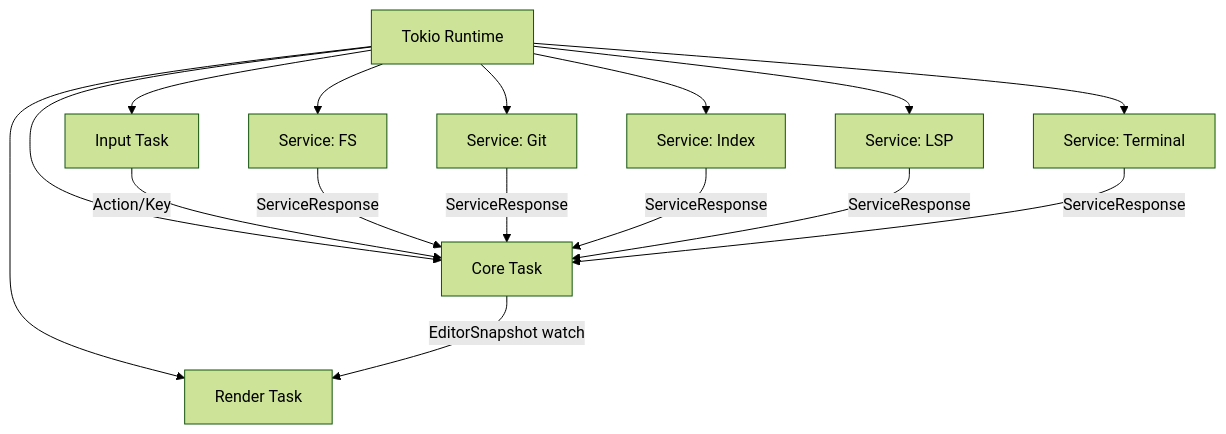
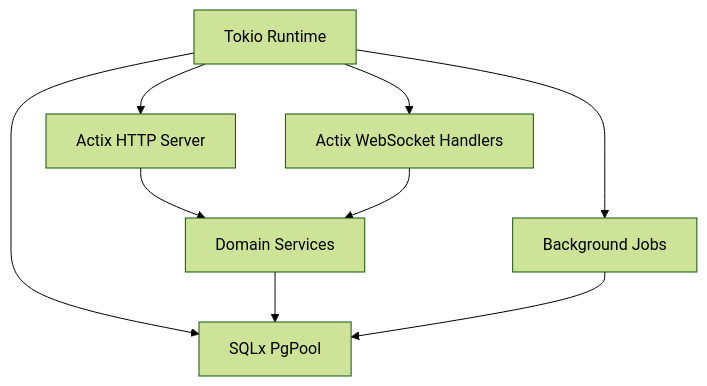
The diagram in docs/spec/architecture/runtime.md (lkjsxc/kjxlkj), drawn with Mermaid (forest theme) before and after one commit. The commit also changed other lines of this file and 573 other files, not shown here.

````diff
--- a/docs/spec/architecture/runtime.md
+++ b/docs/spec/architecture/runtime.md
@@ -7,20 +7,13 @@
 ```mermaid
 graph TD
   RT[Tokio Runtime]
-  RT --> C[Core Task]
-  RT --> I[Input Task]
-  RT --> R[Render Task]
-  RT --> S1[Service: FS]
-  RT --> S2[Service: Git]
-  RT --> S3[Service: Index]
-  RT --> S4[Service: LSP]
-  RT --> S5[Service: Terminal]
+  RT --> HTTP[Actix HTTP Server]
+  RT --> WS[Actix WebSocket Handlers]
+  RT --> BG[Background Jobs]
+  RT --> DBPOOL[SQLx PgPool]
 
-  I -->|Action/Key| C
-  S1 -->|ServiceResponse| C
-  S2 -->|ServiceResponse| C
-  S3 -->|ServiceResponse| C
-  S4 -->|ServiceResponse| C
-  S5 -->|ServiceResponse| C
-  C -->|EditorSnapshot watch| R
+  HTTP --> CORE[Domain Services]
+  WS --> CORE
+  CORE --> DBPOOL
+  BG --> DBPOOL
 ```
````
